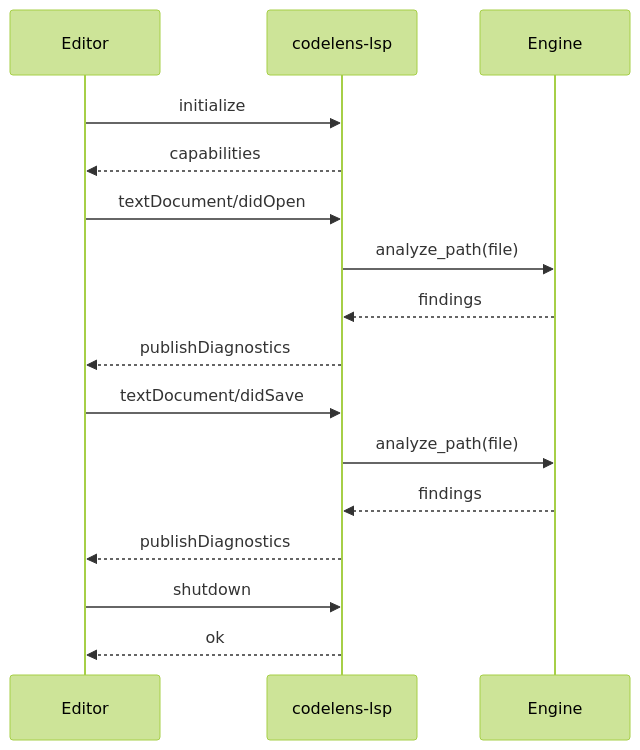
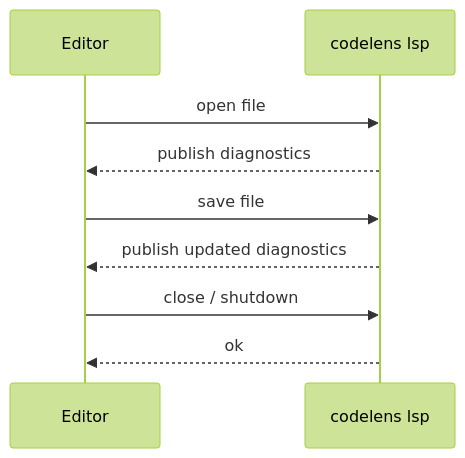
The diagram in docs/cli/lsp.md (shubhamkaushal765/codelens-docs), drawn with Mermaid (forest theme) before and after one commit. The commit also changed other lines of this file and 30 other files, not shown here.

````diff
--- a/docs/cli/lsp.md
+++ b/docs/cli/lsp.md
@@ -14,19 +22,11 @@
 ```mermaid
 sequenceDiagram
     participant E as Editor
-    participant L as codelens-lsp
-    participant N as Engine
-
-    E->>L: initialize
-    L-->>E: capabilities
-    E->>L: textDocument/didOpen
-    L->>N: analyze_path(file)
-    N-->>L: findings
-    L-->>E: publishDiagnostics
-    E->>L: textDocument/didSave
-    L->>N: analyze_path(file)
-    N-->>L: findings
-    L-->>E: publishDiagnostics
-    E->>L: shutdown
+    participant L as codelens lsp
+    E->>L: open file
+    L-->>E: publish diagnostics
+    E->>L: save file
+    L-->>E: publish updated diagnostics
+    E->>L: close / shutdown
     L-->>E: ok
 ```
````
